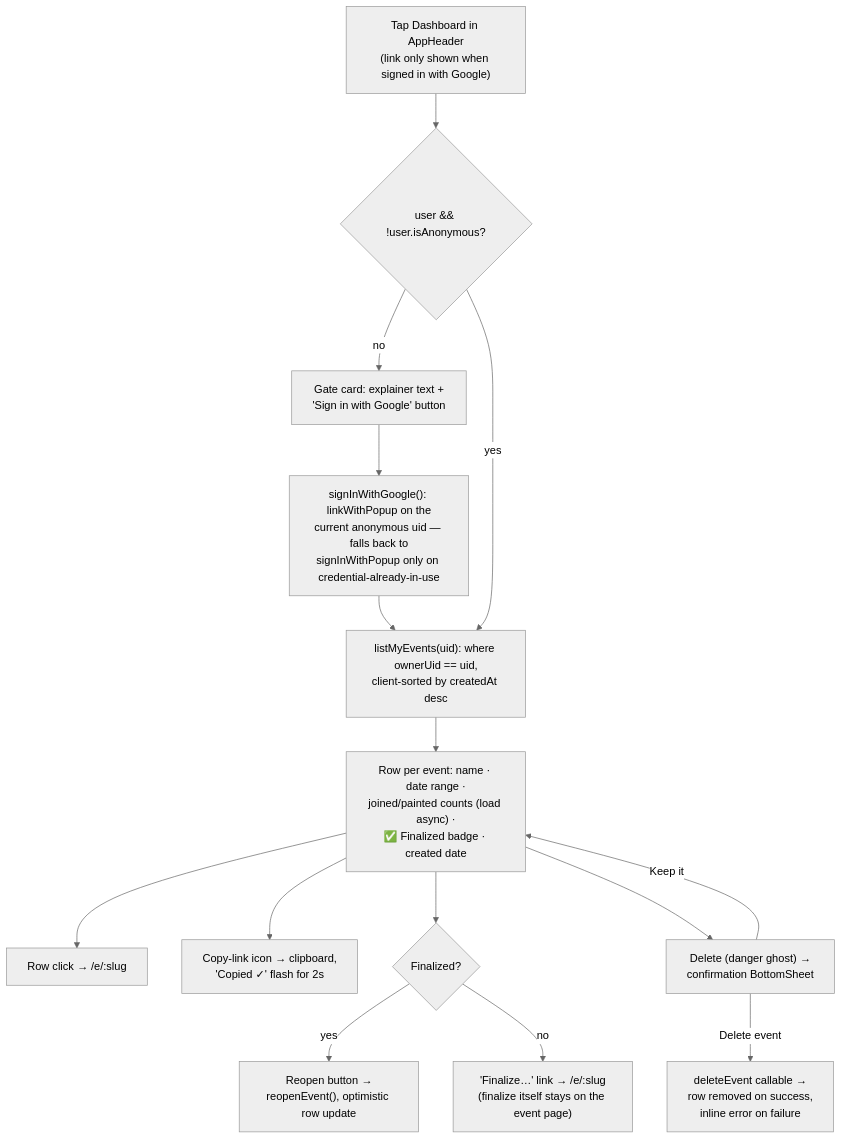
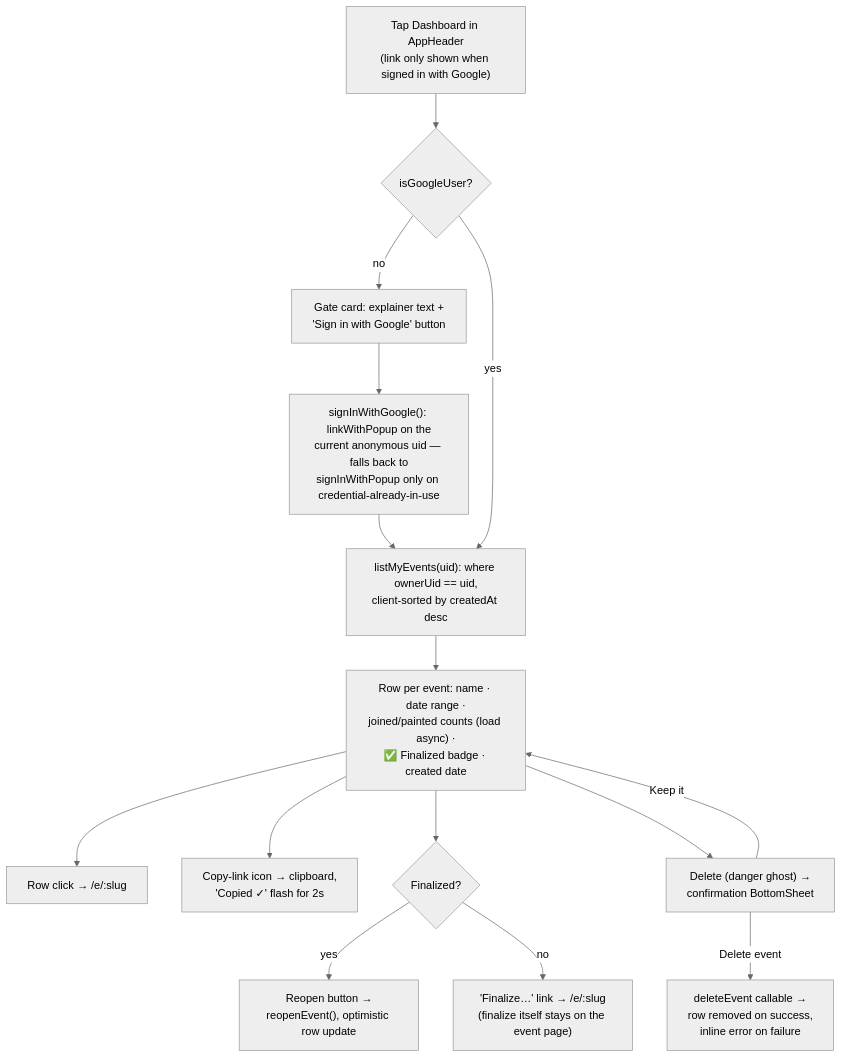
The fifth of 5 diagrams in docs/ux-flows.md (chlgustjr41/schedule2gather), drawn with Mermaid (neutral theme) before and after one commit. The commit also changed other lines of this file and 3 other files, not shown here.

````diff
--- a/docs/ux-flows.md
+++ b/docs/ux-flows.md
@@ -205,17 +266,17 @@
 ```mermaid
 flowchart TD
-  A["Tap Dashboard in AppHeader<br/>(link only shown when signed in with Google)"] --> B{"user &amp;&amp; !user.isAnonymous?"}
+  A["Tap Dashboard in AppHeader<br/>(link only shown when signed in with Google)"] --> B{"isGoogleUser?"}
   B -- "no" --> C["Gate card: explainer text +<br/>'Sign in with Google' button"]
   C --> D["signInWithGoogle(): linkWithPopup on the<br/>current anonymous uid — falls back to<br/>signInWithPopup only on credential-already-in-use"]
   D --> E
   B -- "yes" --> E["listMyEvents(uid): where ownerUid == uid,<br/>client-sorted by createdAt desc"]
   E --> F["Row per event: name · date range ·<br/>joined/painted counts (load async) ·<br/>✅ Finalized badge · created date"]
   F --> G1["Row click → /e/:slug"]
   F --> G2["Copy-link icon → clipboard,<br/>'Copied ✓' flash for 2s"]
   F --> G3{"Finalized?"}
   G3 -- "yes" --> G3a["Reopen button →<br/>reopenEvent(), optimistic row update"]
   G3 -- "no" --> G3b["'Finalize…' link → /e/:slug<br/>(finalize itself stays on the event page)"]
   F --> G4["Delete (danger ghost) →<br/>confirmation BottomSheet"]
   G4 -- "Keep it" --> F
   G4 -- "Delete event" --> H["deleteEvent callable →<br/>row removed on success,<br/>inline error on failure"]
 ```
````
